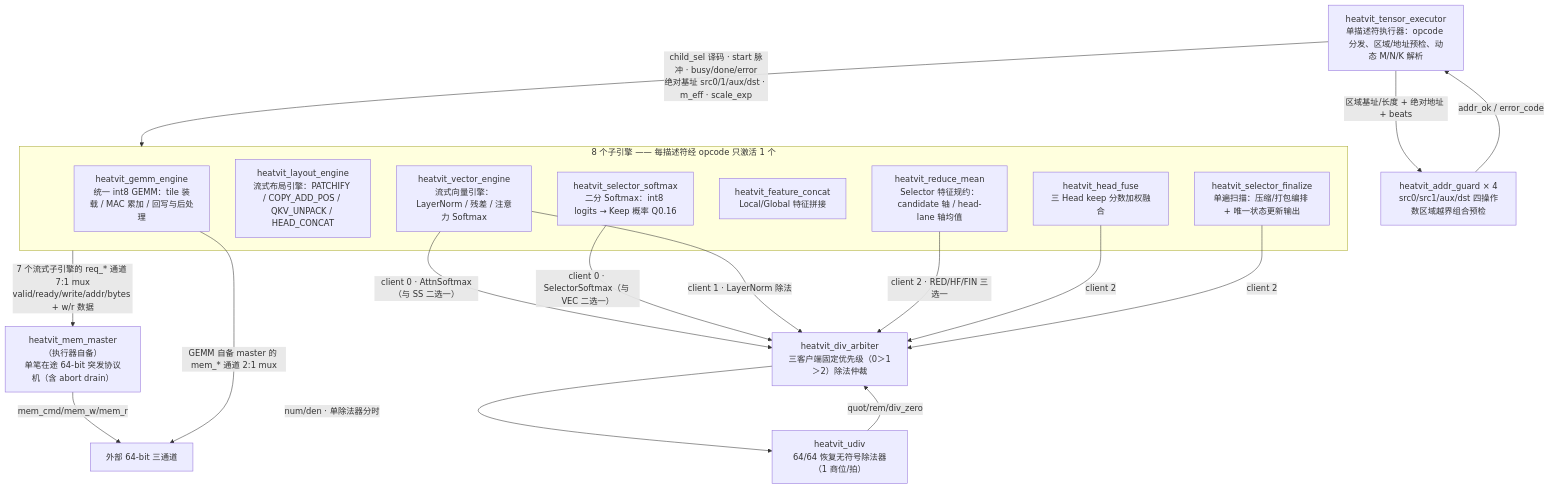
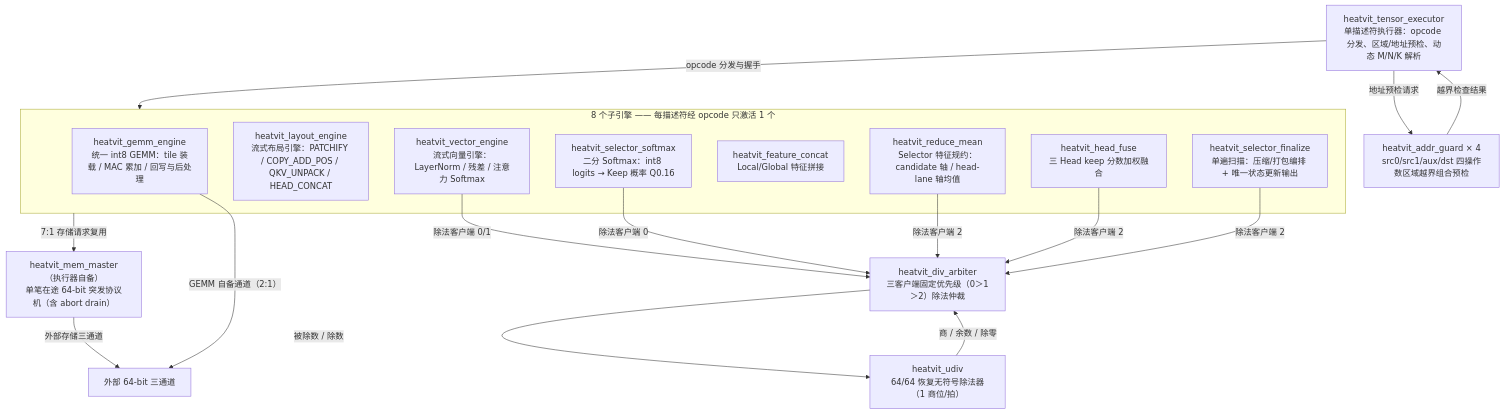
The diagram in docs/diagrams/heatvit_framework_02_executor.mmd (YOUXINYANG/HeatViT), drawn with Mermaid before and after one commit. The commit also changed 7 other files, not shown here.

Commit message:
docs: simplify framework diagram edge labels (01 top, 02 executor, 03 gemm, 04 selector)

```diff
--- a/docs/diagrams/heatvit_framework_02_executor.mmd
+++ b/docs/diagrams/heatvit_framework_02_executor.mmd
@@ -1,34 +1,33 @@
 %% HeatViT RTL 框架图 · 图 2/4：Tensor Executor 内部——opcode 分发与存储复用
 flowchart TD
   EXEC["heatvit_tensor_executor<br/>单描述符执行器：opcode 分发、区域/地址预检、动态 M/N/K 解析"]
   GUARD["heatvit_addr_guard × 4<br/>src0/src1/aux/dst 四操作数区域越界组合预检"]
   MM["heatvit_mem_master（执行器自备）<br/>单笔在途 64-bit 突发协议机（含 abort drain）"]
   ARB["heatvit_div_arbiter<br/>三客户端固定优先级（0＞1＞2）除法仲裁"]
   UDIV["heatvit_udiv<br/>64/64 恢复无符号除法器（1 商位/拍）"]
   EXT["外部 64-bit 三通道"]
 
   subgraph CHILDREN["8 个子引擎 —— 每描述符经 opcode 只激活 1 个"]
     GEMM["heatvit_gemm_engine<br/>统一 int8 GEMM：tile 装载 / MAC 累加 / 回写与后处理"]
     LAY["heatvit_layout_engine<br/>流式布局引擎：PATCHIFY / COPY_ADD_POS / QKV_UNPACK / HEAD_CONCAT"]
     VEC["heatvit_vector_engine<br/>流式向量引擎：LayerNorm / 残差 / 注意力 Softmax"]
     RED["heatvit_reduce_mean<br/>Selector 特征规约：candidate 轴 / head-lane 轴均值"]
     CON["heatvit_feature_concat<br/>Local/Global 特征拼接"]
     HF["heatvit_head_fuse<br/>三 Head keep 分数加权融合"]
     FIN["heatvit_selector_finalize<br/>单遍扫描：压缩/打包编排 + 唯一状态更新输出"]
     SS["heatvit_selector_softmax<br/>二分 Softmax：int8 logits → Keep 概率 Q0.16"]
   end
 
-  EXEC -->|child_sel 译码 · start 脉冲 · busy/done/error<br/>绝对基址 src0/1/aux/dst · m_eff · scale_exp| CHILDREN
-  EXEC -->|区域基址/长度 + 绝对地址 + beats| GUARD
-  GUARD -->|addr_ok / error_code| EXEC
-  CHILDREN -->|7 个流式子引擎的 req_* 通道 7:1 mux<br/>valid/ready/write/addr/bytes + w/r 数据| MM
-  MM -->|mem_cmd/mem_w/mem_r| EXT
-  GEMM -->|GEMM 自备 master 的 mem_* 通道 2:1 mux| EXT
-  VEC -->|client 0 · AttnSoftmax（与 SS 二选一）| ARB
-  SS -->|client 0 · SelectorSoftmax（与 VEC 二选一）| ARB
-  VEC -->|client 1 · LayerNorm 除法| ARB
-  RED -->|client 2 · RED/HF/FIN 三选一| ARB
-  HF -->|client 2| ARB
-  FIN -->|client 2| ARB
-  ARB -->|num/den · 单除法器分时| UDIV
-  UDIV -->|quot/rem/div_zero| ARB
+  EXEC -->|opcode 分发与握手| CHILDREN
+  EXEC -->|地址预检请求| GUARD
+  GUARD -->|越界检查结果| EXEC
+  CHILDREN -->|7:1 存储请求复用| MM
+  MM -->|外部存储三通道| EXT
+  GEMM -->|GEMM 自备通道（2:1）| EXT
+  VEC -->|除法客户端 0/1| ARB
+  SS -->|除法客户端 0| ARB
+  RED -->|除法客户端 2| ARB
+  HF -->|除法客户端 2| ARB
+  FIN -->|除法客户端 2| ARB
+  ARB -->|被除数 / 除数| UDIV
+  UDIV -->|商 / 余数 / 除零| ARB
```
